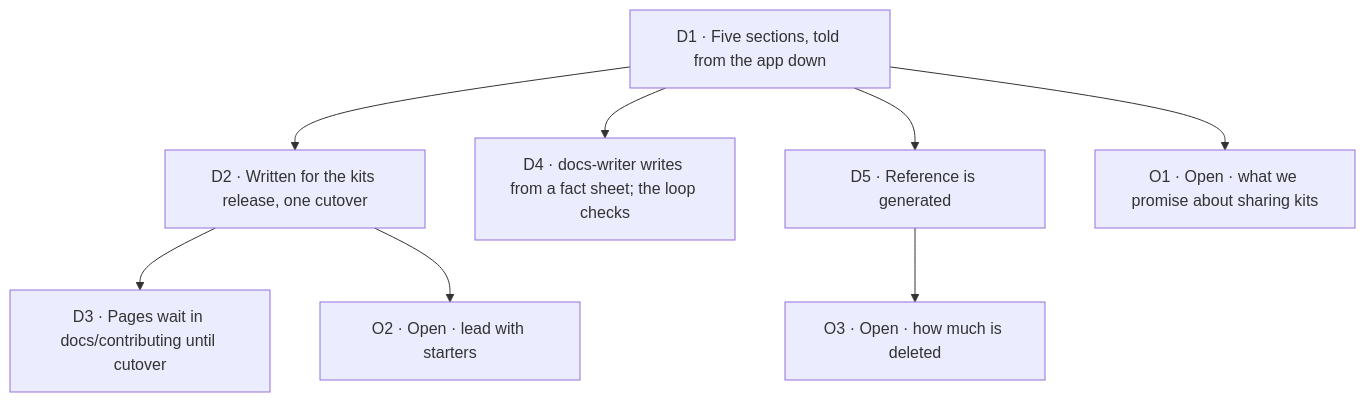
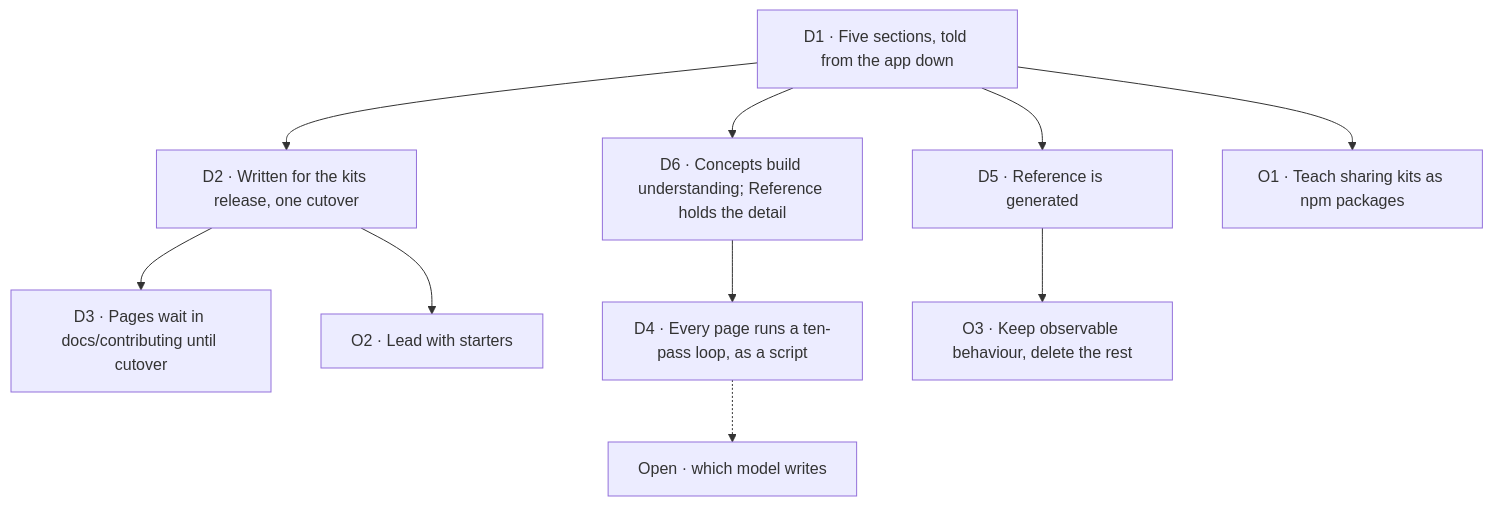
One commit to fixpoint-labs/flow-state-dev changed the diagram in specs/epics/FIX-2696/DECISIONS.md. Above: the diagram before and after it, drawn with Mermaid. The commit also changed other lines of this file and 3 other files, not shown here.

````diff
--- a/specs/epics/FIX-2696/DECISIONS.md
+++ b/specs/epics/FIX-2696/DECISIONS.md
@@ -7,10 +7,12 @@
 ```mermaid
 flowchart TD
   D1["D1 · Five sections, told from the app down"] --> D2["D2 · Written for the kits release, one cutover"]
   D2 --> D3["D3 · Pages wait in docs/contributing until cutover"]
-  D1 --> D4["D4 · docs-writer writes from a fact sheet; the loop checks"]
+  D1 --> D6["D6 · Concepts build understanding; Reference holds the detail"]
+  D6 --> D4["D4 · Every page runs a ten-pass loop, as a script"]
   D1 --> D5["D5 · Reference is generated"]
-  D1 --> O1["O1 · Open · what we promise about sharing kits"]
-  D2 --> O2["O2 · Open · lead with starters"]
-  D5 --> O3["O3 · Open · how much is deleted"]
+  D1 --> O1["O1 · Teach sharing kits as npm packages"]
+  D2 --> O2["O2 · Lead with starters"]
+  D5 --> O3["O3 · Keep observable behaviour, delete the rest"]
+  D4 -.-> M["Open · which model writes"]
 ```
````
